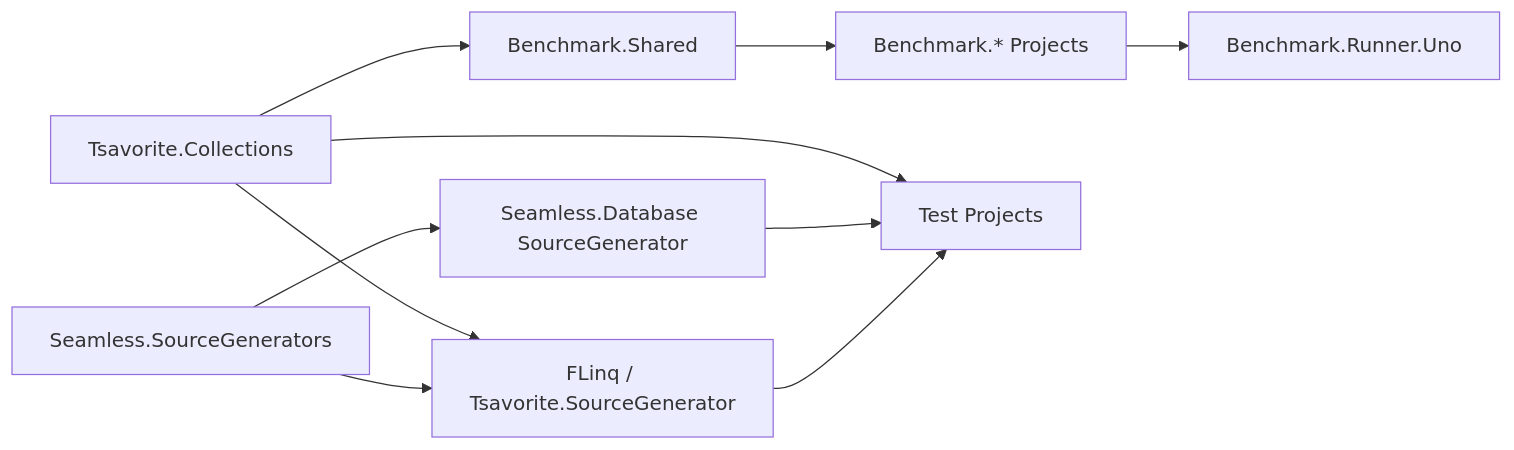
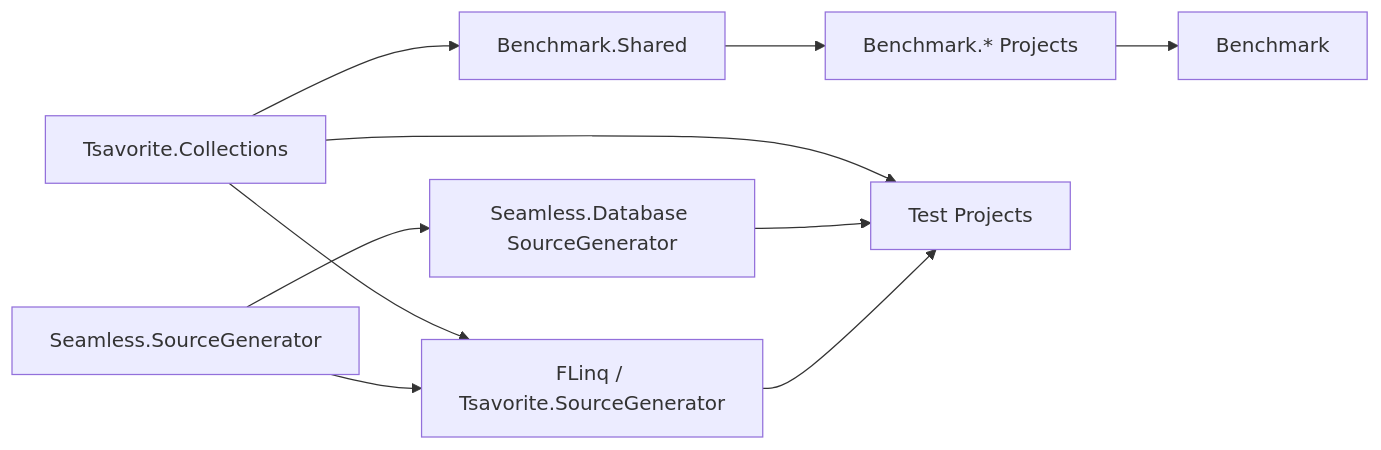
Before and after one commit to AloneCraft/Seamless: the diagram in Document/Code/Internal/StructuralDiagrams/ComponentDiagram.md, drawn with Mermaid. The commit also changed other lines of this file and 376 other files, not shown here.

````diff
--- a/Document/Code/Internal/StructuralDiagrams/ComponentDiagram.md
+++ b/Document/Code/Internal/StructuralDiagrams/ComponentDiagram.md
@@ -17,21 +17,21 @@
 ```mermaid
 flowchart LR
-    Shared[Seamless.SourceGenerators]
+    Shared[Seamless.SourceGenerator]
     FLinq[FLinq / Tsavorite.SourceGenerator]
     DB[Seamless.Database SourceGenerator]
     Collections[Tsavorite.Collections]
     BenchShared[Benchmark.Shared]
     BenchProjects[Benchmark.* Projects]
     Tests[Test Projects]
-    Uno[Benchmark.Runner.Uno]
+    Uno[Benchmark]
 
     Shared --> FLinq
     Shared --> DB
     Collections --> FLinq
     Collections --> BenchShared
     FLinq --> Tests
     DB --> Tests
     Collections --> Tests
     BenchShared --> BenchProjects
     BenchProjects --> Uno
 ```
````
